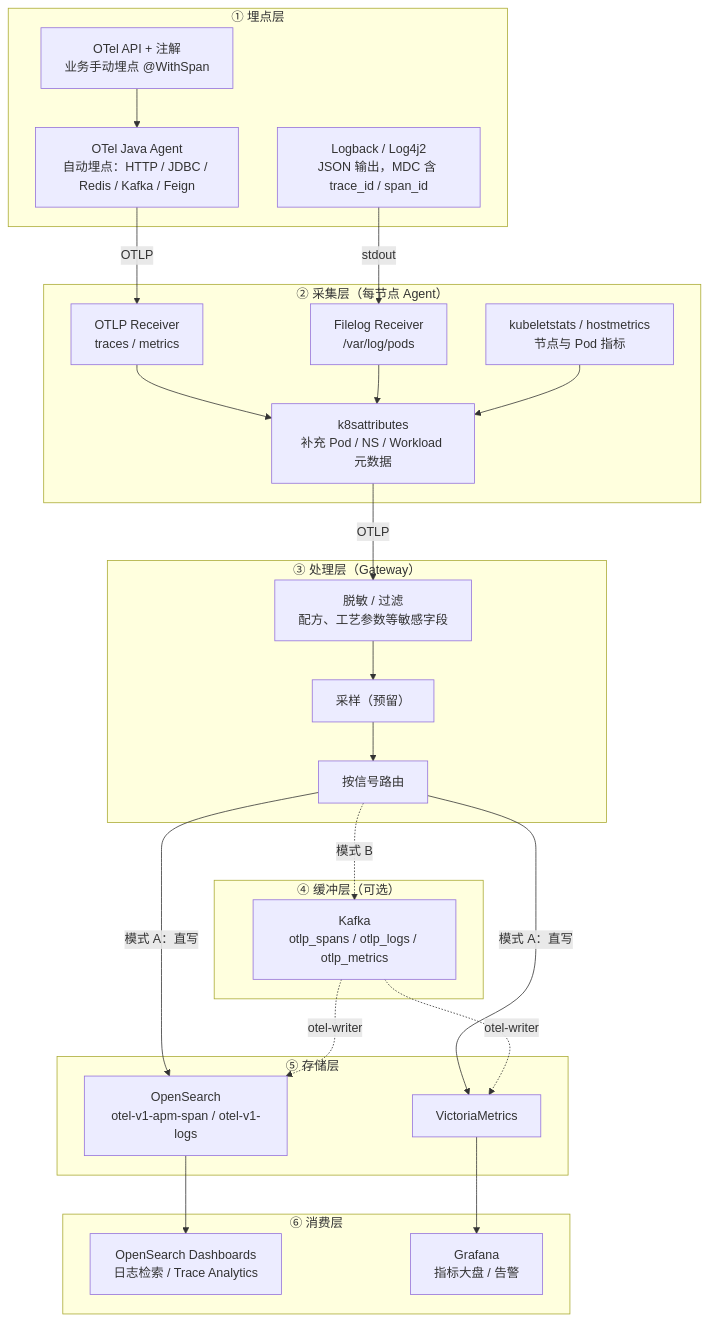
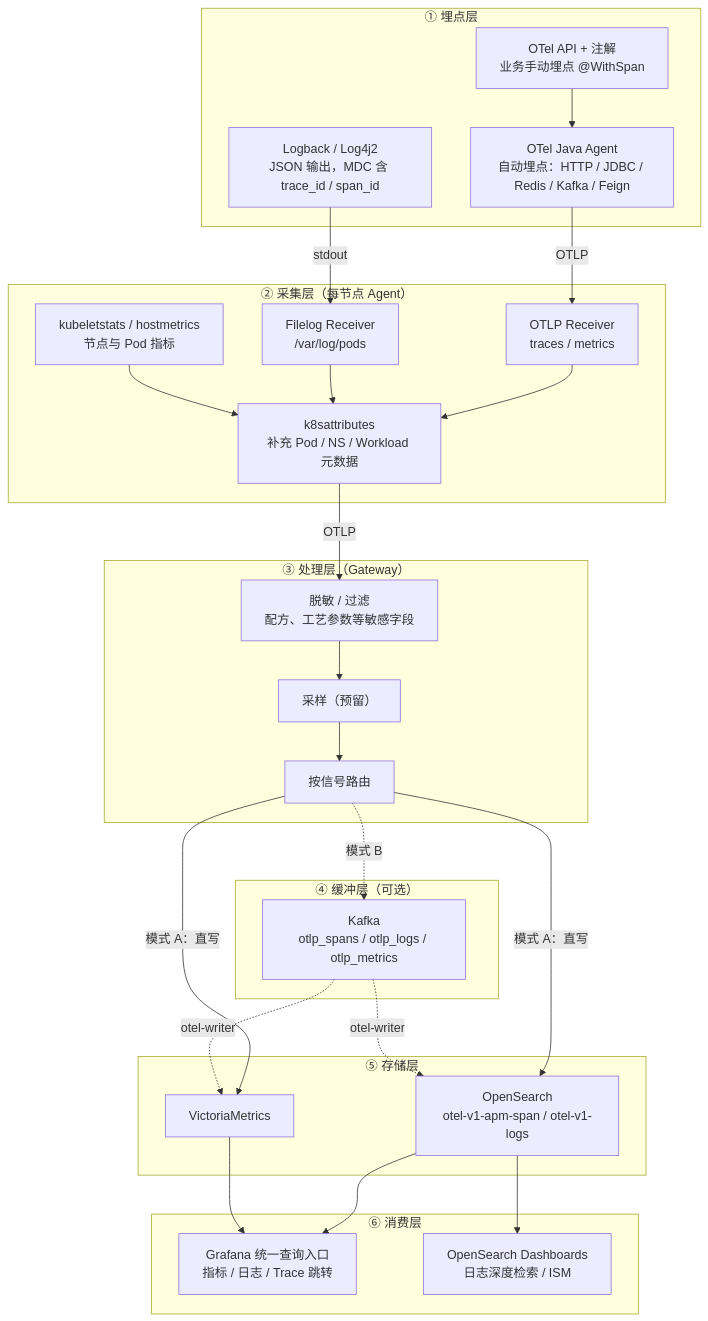
The second of 19 diagrams in observability/docs/otel-observability-architecture.md (fatfatcd/myInfra), drawn with Mermaid before and after one commit. The commit also changed other lines of this file and 65 other files, not shown here.

````diff
--- a/observability/docs/otel-observability-architecture.md
+++ b/observability/docs/otel-observability-architecture.md
@@ -116,45 +118,46 @@
 ```mermaid
 flowchart TB
     subgraph L1["① 埋点层"]
         api["OTel API + 注解<br/>业务手动埋点 @WithSpan"]
         ja["OTel Java Agent<br/>自动埋点：HTTP / JDBC / Redis / Kafka / Feign"]
         logfw["Logback / Log4j2<br/>JSON 输出，MDC 含 trace_id / span_id"]
     end
     subgraph L2["② 采集层（每节点 Agent）"]
         r_otlp["OTLP Receiver<br/>traces / metrics"]
         r_file["Filelog Receiver<br/>/var/log/pods"]
         r_host["kubeletstats / hostmetrics<br/>节点与 Pod 指标"]
         p_k8s["k8sattributes<br/>补充 Pod / NS / Workload 元数据"]
     end
     subgraph L3["③ 处理层（Gateway）"]
         p_red["脱敏 / 过滤<br/>配方、工艺参数等敏感字段"]
         p_samp["采样（预留）"]
         p_route["按信号路由"]
     end
     subgraph L4["④ 缓冲层（可选）"]
         kf["Kafka<br/>otlp_spans / otlp_logs / otlp_metrics"]
     end
     subgraph L5["⑤ 存储层"]
         st_os["OpenSearch<br/>otel-v1-apm-span / otel-v1-logs"]
         st_vm["VictoriaMetrics"]
     end
     subgraph L6["⑥ 消费层"]
-        osd["OpenSearch Dashboards<br/>日志检索 / Trace Analytics"]
-        gf["Grafana<br/>指标大盘 / 告警"]
+        gf["Grafana 统一查询入口<br/>指标 / 日志 / Trace 跳转"]
+        osd["OpenSearch Dashboards<br/>日志深度检索 / ISM"]
     end
 
     api --> ja
     ja -- "OTLP" --> r_otlp
     logfw -- "stdout" --> r_file
     r_otlp --> p_k8s
     r_file --> p_k8s
     r_host --> p_k8s
     p_k8s -- "OTLP" --> p_red --> p_samp --> p_route
     p_route -- "模式 A：直写" --> st_os
     p_route -- "模式 A：直写" --> st_vm
     p_route -. "模式 B" .-> kf
     kf -. "otel-writer" .-> st_os
     kf -. "otel-writer" .-> st_vm
+    st_os --> gf
+    st_vm --> gf
     st_os --> osd
-    st_vm --> gf
 ```
````
